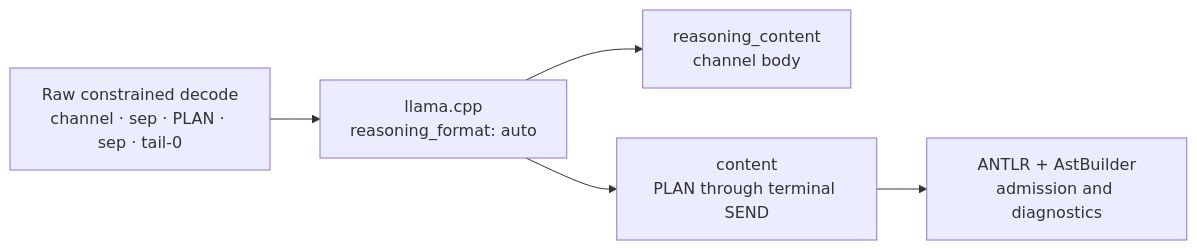
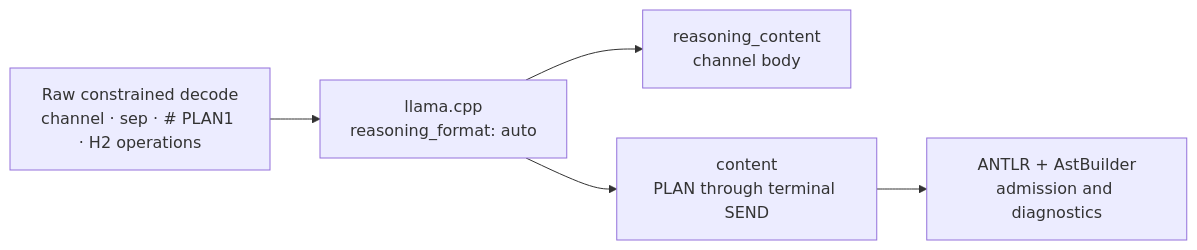
The second of 3 diagrams in plurnk-contracts/SPEC.md (plurnk/plurnk-service), drawn with Mermaid before and after one commit. The commit also changed other lines of this file and 204 other files, not shown here.

````diff
--- a/plurnk-contracts/SPEC.md
+++ b/plurnk-contracts/SPEC.md
@@ -151,12 +151,12 @@
 ```mermaid
 flowchart LR
-    raw["Raw constrained decode<br/>channel · sep · PLAN · sep · tail-0"]
+    raw["Raw constrained decode<br/>channel · sep · # PLAN1 · H2 operations"]
     split["llama.cpp<br/>reasoning_format: auto"]
     reasoning["reasoning_content<br/>channel body"]
     content["content<br/>PLAN through terminal SEND"]
     parser["ANTLR + AstBuilder<br/>admission and diagnostics"]
     raw --> split
     split --> reasoning
     split --> content
     content --> parser
 ```
````
